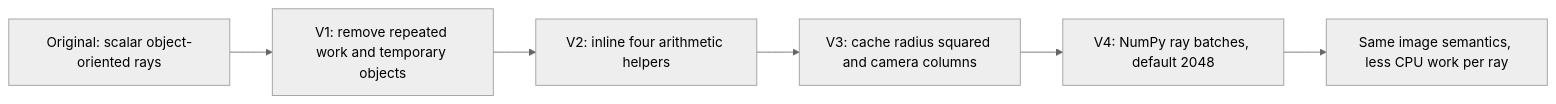
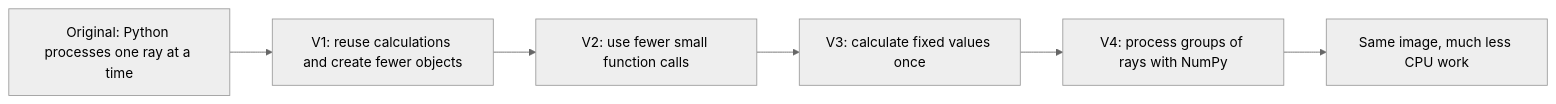
The third of 5 diagrams in software report v4/README.md (Tydox/Auxilary-Notes), drawn with Mermaid (neutral theme) before and after one commit. The commit also changed other lines of this file and 1 other file, not shown here.

````diff
--- a/software report v4/README.md
+++ b/software report v4/README.md
@@ -172,8 +191,8 @@
 ```mermaid
 flowchart LR
-    O["Original: scalar object-oriented rays"] --> V1["V1: remove repeated work and temporary objects"]
-    V1 --> V2["V2: inline four arithmetic helpers"]
-    V2 --> V3["V3: cache radius squared and camera columns"]
-    V3 --> V4["V4: NumPy ray batches, default 2048"]
-    V4 --> Q["Same image semantics, less CPU work per ray"]
+    O["Original: Python processes one ray at a time"] --> V1["V1: reuse calculations and create fewer objects"]
+    V1 --> V2["V2: use fewer small function calls"]
+    V2 --> V3["V3: calculate fixed values once"]
+    V3 --> V4["V4: process groups of rays with NumPy"]
+    V4 --> Q["Same image, much less CPU work"]
 ```
````
